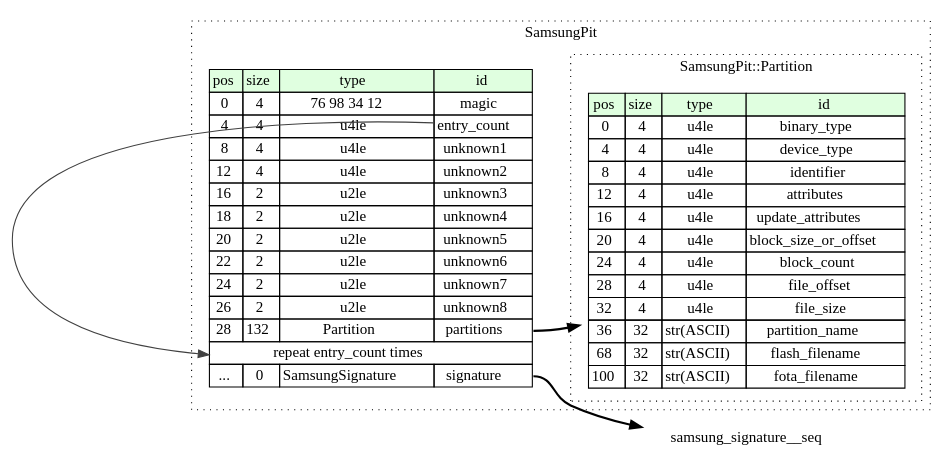
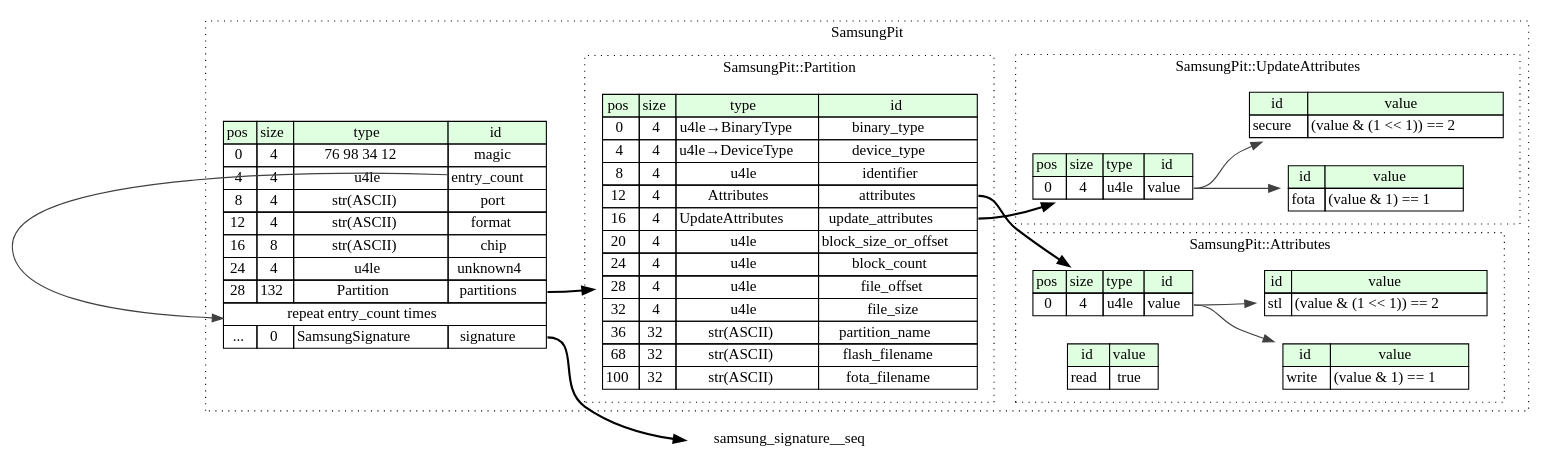
The diagram in samsung_pit.dot (CruelKernel/samsung_pit), drawn with Graphviz before and after one commit. The commit also changed 2 other files, not shown here.

```diff
--- a/samsung_pit.dot
+++ b/samsung_pit.dot
@@ -1,48 +1,88 @@
 digraph {
 	rankdir=LR;
 	node [shape=plaintext];
 	subgraph cluster__samsung_pit {
 		label="SamsungPit";
 		graph[style=dotted];
 
 		samsung_pit__seq [label=<<TABLE BORDER="0" CELLBORDER="1" CELLSPACING="0">
 			<TR><TD BGCOLOR="#E0FFE0">pos</TD><TD BGCOLOR="#E0FFE0">size</TD><TD BGCOLOR="#E0FFE0">type</TD><TD BGCOLOR="#E0FFE0">id</TD></TR>
 			<TR><TD PORT="magic_pos">0</TD><TD PORT="magic_size">4</TD><TD>76 98 34 12</TD><TD PORT="magic_type">magic</TD></TR>
 			<TR><TD PORT="entry_count_pos">4</TD><TD PORT="entry_count_size">4</TD><TD>u4le</TD><TD PORT="entry_count_type">entry_count</TD></TR>
-			<TR><TD PORT="unknown1_pos">8</TD><TD PORT="unknown1_size">4</TD><TD>u4le</TD><TD PORT="unknown1_type">unknown1</TD></TR>
-			<TR><TD PORT="unknown2_pos">12</TD><TD PORT="unknown2_size">4</TD><TD>u4le</TD><TD PORT="unknown2_type">unknown2</TD></TR>
-			<TR><TD PORT="unknown3_pos">16</TD><TD PORT="unknown3_size">2</TD><TD>u2le</TD><TD PORT="unknown3_type">unknown3</TD></TR>
-			<TR><TD PORT="unknown4_pos">18</TD><TD PORT="unknown4_size">2</TD><TD>u2le</TD><TD PORT="unknown4_type">unknown4</TD></TR>
-			<TR><TD PORT="unknown5_pos">20</TD><TD PORT="unknown5_size">2</TD><TD>u2le</TD><TD PORT="unknown5_type">unknown5</TD></TR>
-			<TR><TD PORT="unknown6_pos">22</TD><TD PORT="unknown6_size">2</TD><TD>u2le</TD><TD PORT="unknown6_type">unknown6</TD></TR>
-			<TR><TD PORT="unknown7_pos">24</TD><TD PORT="unknown7_size">2</TD><TD>u2le</TD><TD PORT="unknown7_type">unknown7</TD></TR>
-			<TR><TD PORT="unknown8_pos">26</TD><TD PORT="unknown8_size">2</TD><TD>u2le</TD><TD PORT="unknown8_type">unknown8</TD></TR>
+			<TR><TD PORT="port_pos">8</TD><TD PORT="port_size">4</TD><TD>str(ASCII)</TD><TD PORT="port_type">port</TD></TR>
+			<TR><TD PORT="format_pos">12</TD><TD PORT="format_size">4</TD><TD>str(ASCII)</TD><TD PORT="format_type">format</TD></TR>
+			<TR><TD PORT="chip_pos">16</TD><TD PORT="chip_size">8</TD><TD>str(ASCII)</TD><TD PORT="chip_type">chip</TD></TR>
+			<TR><TD PORT="unknown4_pos">24</TD><TD PORT="unknown4_size">4</TD><TD>u4le</TD><TD PORT="unknown4_type">unknown4</TD></TR>
 			<TR><TD PORT="partitions_pos">28</TD><TD PORT="partitions_size">132</TD><TD>Partition</TD><TD PORT="partitions_type">partitions</TD></TR>
 			<TR><TD COLSPAN="4" PORT="partitions__repeat">repeat entry_count times</TD></TR>
 			<TR><TD PORT="signature_pos">...</TD><TD PORT="signature_size">0</TD><TD>SamsungSignature</TD><TD PORT="signature_type">signature</TD></TR>
 		</TABLE>>];
+		subgraph cluster__attributes {
+			label="SamsungPit::Attributes";
+			graph[style=dotted];
+
+			attributes__seq [label=<<TABLE BORDER="0" CELLBORDER="1" CELLSPACING="0">
+				<TR><TD BGCOLOR="#E0FFE0">pos</TD><TD BGCOLOR="#E0FFE0">size</TD><TD BGCOLOR="#E0FFE0">type</TD><TD BGCOLOR="#E0FFE0">id</TD></TR>
+				<TR><TD PORT="value_pos">0</TD><TD PORT="value_size">4</TD><TD>u4le</TD><TD PORT="value_type">value</TD></TR>
+			</TABLE>>];
+			attributes__inst__read [label=<<TABLE BORDER="0" CELLBORDER="1" CELLSPACING="0">
+				<TR><TD BGCOLOR="#E0FFE0">id</TD><TD BGCOLOR="#E0FFE0">value</TD></TR>
+				<TR><TD>read</TD><TD>true</TD></TR>
+			</TABLE>>];
+			attributes__inst__write [label=<<TABLE BORDER="0" CELLBORDER="1" CELLSPACING="0">
+				<TR><TD BGCOLOR="#E0FFE0">id</TD><TD BGCOLOR="#E0FFE0">value</TD></TR>
+				<TR><TD>write</TD><TD>(value &amp; 1) == 1</TD></TR>
+			</TABLE>>];
+			attributes__inst__stl [label=<<TABLE BORDER="0" CELLBORDER="1" CELLSPACING="0">
+				<TR><TD BGCOLOR="#E0FFE0">id</TD><TD BGCOLOR="#E0FFE0">value</TD></TR>
+				<TR><TD>stl</TD><TD>(value &amp; (1 &lt;&lt; 1)) == 2</TD></TR>
+			</TABLE>>];
+		}
+		subgraph cluster__update_attributes {
+			label="SamsungPit::UpdateAttributes";
+			graph[style=dotted];
+
+			update_attributes__seq [label=<<TABLE BORDER="0" CELLBORDER="1" CELLSPACING="0">
+				<TR><TD BGCOLOR="#E0FFE0">pos</TD><TD BGCOLOR="#E0FFE0">size</TD><TD BGCOLOR="#E0FFE0">type</TD><TD BGCOLOR="#E0FFE0">id</TD></TR>
+				<TR><TD PORT="value_pos">0</TD><TD PORT="value_size">4</TD><TD>u4le</TD><TD PORT="value_type">value</TD></TR>
+			</TABLE>>];
+			update_attributes__inst__fota [label=<<TABLE BORDER="0" CELLBORDER="1" CELLSPACING="0">
+				<TR><TD BGCOLOR="#E0FFE0">id</TD><TD BGCOLOR="#E0FFE0">value</TD></TR>
+				<TR><TD>fota</TD><TD>(value &amp; 1) == 1</TD></TR>
+			</TABLE>>];
+			update_attributes__inst__secure [label=<<TABLE BORDER="0" CELLBORDER="1" CELLSPACING="0">
+				<TR><TD BGCOLOR="#E0FFE0">id</TD><TD BGCOLOR="#E0FFE0">value</TD></TR>
+				<TR><TD>secure</TD><TD>(value &amp; (1 &lt;&lt; 1)) == 2</TD></TR>
+			</TABLE>>];
+		}
 		subgraph cluster__partition {
 			label="SamsungPit::Partition";
 			graph[style=dotted];
 
 			partition__seq [label=<<TABLE BORDER="0" CELLBORDER="1" CELLSPACING="0">
 				<TR><TD BGCOLOR="#E0FFE0">pos</TD><TD BGCOLOR="#E0FFE0">size</TD><TD BGCOLOR="#E0FFE0">type</TD><TD BGCOLOR="#E0FFE0">id</TD></TR>
-				<TR><TD PORT="binary_type_pos">0</TD><TD PORT="binary_type_size">4</TD><TD>u4le</TD><TD PORT="binary_type_type">binary_type</TD></TR>
-				<TR><TD PORT="device_type_pos">4</TD><TD PORT="device_type_size">4</TD><TD>u4le</TD><TD PORT="device_type_type">device_type</TD></TR>
+				<TR><TD PORT="binary_type_pos">0</TD><TD PORT="binary_type_size">4</TD><TD>u4le→BinaryType</TD><TD PORT="binary_type_type">binary_type</TD></TR>
+				<TR><TD PORT="device_type_pos">4</TD><TD PORT="device_type_size">4</TD><TD>u4le→DeviceType</TD><TD PORT="device_type_type">device_type</TD></TR>
 				<TR><TD PORT="identifier_pos">8</TD><TD PORT="identifier_size">4</TD><TD>u4le</TD><TD PORT="identifier_type">identifier</TD></TR>
-				<TR><TD PORT="attributes_pos">12</TD><TD PORT="attributes_size">4</TD><TD>u4le</TD><TD PORT="attributes_type">attributes</TD></TR>
-				<TR><TD PORT="update_attributes_pos">16</TD><TD PORT="update_attributes_size">4</TD><TD>u4le</TD><TD PORT="update_attributes_type">update_attributes</TD></TR>
+				<TR><TD PORT="attributes_pos">12</TD><TD PORT="attributes_size">4</TD><TD>Attributes</TD><TD PORT="attributes_type">attributes</TD></TR>
+				<TR><TD PORT="update_attributes_pos">16</TD><TD PORT="update_attributes_size">4</TD><TD>UpdateAttributes</TD><TD PORT="update_attributes_type">update_attributes</TD></TR>
 				<TR><TD PORT="block_size_or_offset_pos">20</TD><TD PORT="block_size_or_offset_size">4</TD><TD>u4le</TD><TD PORT="block_size_or_offset_type">block_size_or_offset</TD></TR>
 				<TR><TD PORT="block_count_pos">24</TD><TD PORT="block_count_size">4</TD><TD>u4le</TD><TD PORT="block_count_type">block_count</TD></TR>
 				<TR><TD PORT="file_offset_pos">28</TD><TD PORT="file_offset_size">4</TD><TD>u4le</TD><TD PORT="file_offset_type">file_offset</TD></TR>
 				<TR><TD PORT="file_size_pos">32</TD><TD PORT="file_size_size">4</TD><TD>u4le</TD><TD PORT="file_size_type">file_size</TD></TR>
 				<TR><TD PORT="partition_name_pos">36</TD><TD PORT="partition_name_size">32</TD><TD>str(ASCII)</TD><TD PORT="partition_name_type">partition_name</TD></TR>
 				<TR><TD PORT="flash_filename_pos">68</TD><TD PORT="flash_filename_size">32</TD><TD>str(ASCII)</TD><TD PORT="flash_filename_type">flash_filename</TD></TR>
 				<TR><TD PORT="fota_filename_pos">100</TD><TD PORT="fota_filename_size">32</TD><TD>str(ASCII)</TD><TD PORT="fota_filename_type">fota_filename</TD></TR>
 			</TABLE>>];
 		}
 	}
 	samsung_pit__seq:partitions_type -> partition__seq [style=bold];
 	samsung_pit__seq:entry_count_type -> samsung_pit__seq:partitions__repeat [color="#404040"];
 	samsung_pit__seq:signature_type -> samsung_signature__seq [style=bold];
+	attributes__seq:value_type -> attributes__inst__write [color="#404040"];
+	attributes__seq:value_type -> attributes__inst__stl [color="#404040"];
+	update_attributes__seq:value_type -> update_attributes__inst__fota [color="#404040"];
+	update_attributes__seq:value_type -> update_attributes__inst__secure [color="#404040"];
+	partition__seq:attributes_type -> attributes__seq [style=bold];
+	partition__seq:update_attributes_type -> update_attributes__seq [style=bold];
 }
```
